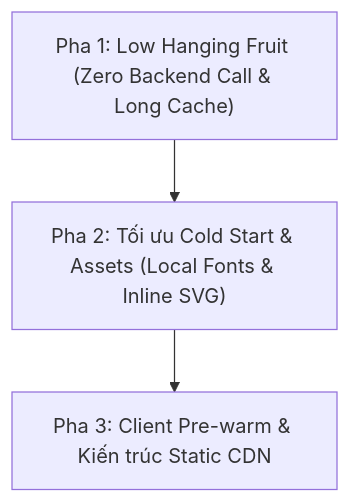
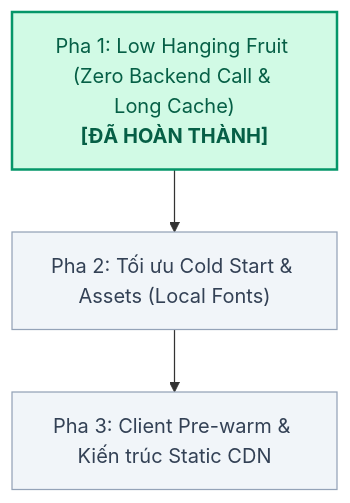
The diagram in docs/og-optimization-plan.md (thanhdc-dev/bill-splitter), drawn with Mermaid before and after one commit. The commit also changed other lines of this file, not shown here.

Commit message:
docs(og): update phase completion status and roadmap tracking in optimization plan

````diff
--- a/docs/og-optimization-plan.md
+++ b/docs/og-optimization-plan.md
@@ -32,5 +32,7 @@
 ```mermaid
 graph TD
-    A["Pha 1: Low Hanging Fruit (Zero Backend Call & Long Cache)"] --> B["Pha 2: Tối ưu Cold Start & Assets (Local Fonts & Inline SVG)"]
-    B --> C["Pha 3: Client Pre-warm & Kiến trúc Static CDN"]
+    A["Pha 1: Low Hanging Fruit (Zero Backend Call & Long Cache)<br/><b>[ĐÃ HOÀN THÀNH]</b>"]:::done --> B["Pha 2: Tối ưu Cold Start & Assets (Local Fonts)"]:::pending
+    B --> C["Pha 3: Client Pre-warm & Kiến trúc Static CDN"]:::pending
+    classDef done fill:#d1fae5,stroke:#059669,stroke-width:2px,color:#065f46;
+    classDef pending fill:#f1f5f9,stroke:#94a3b8,stroke-width:1px,color:#334155;
 ```
````
